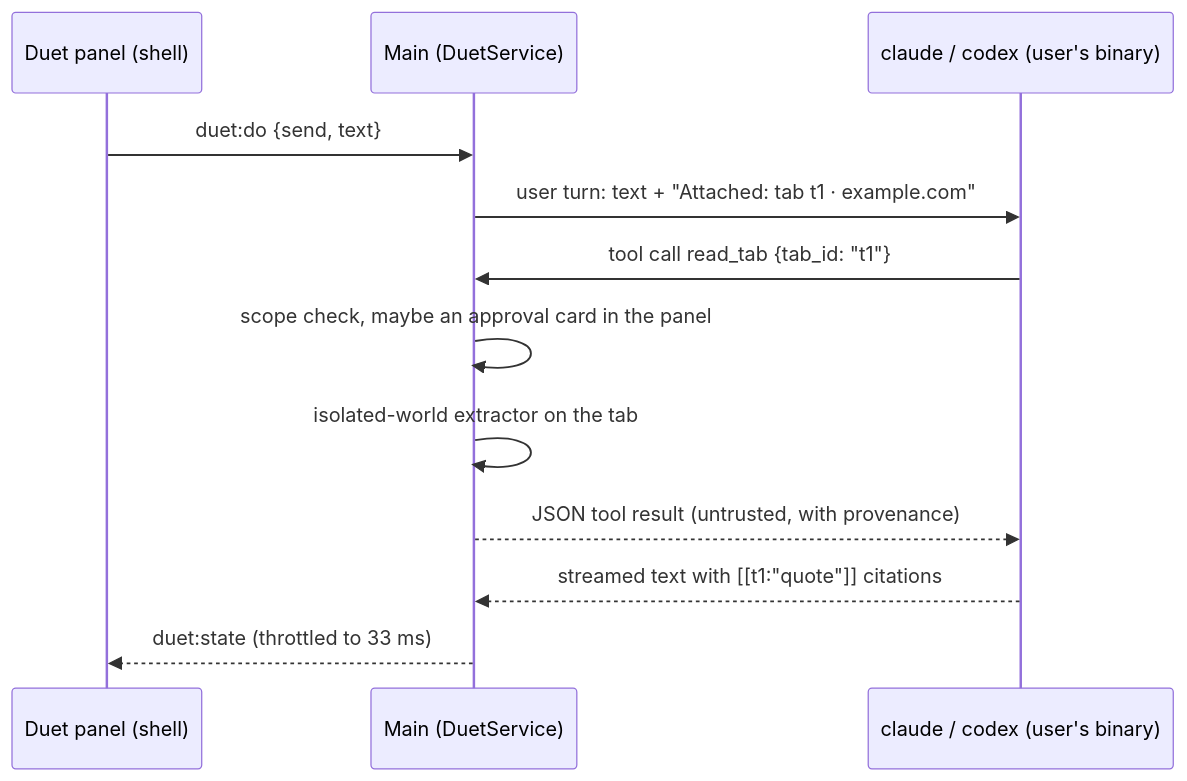
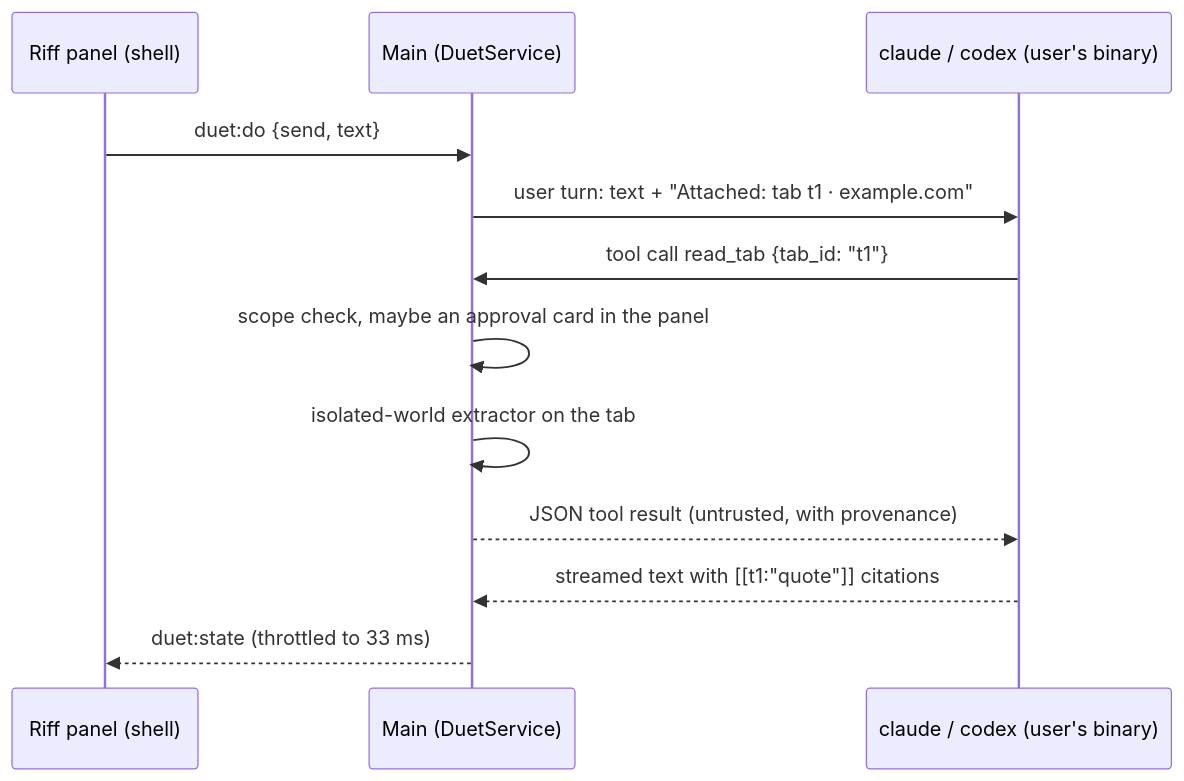
Before and after one commit to anaremore/chord-browser: the second of 2 diagrams in ARCHITECTURE.md, drawn with Mermaid. The commit also changed other lines of this file and 136 other files, not shown here.

First line of the commit message:
feat: Duet is now Riff

````diff
--- a/ARCHITECTURE.md
+++ b/ARCHITECTURE.md
@@ -1025,14 +1027,14 @@
 ```mermaid
 sequenceDiagram
-  participant U as Duet panel (shell)
+  participant U as Riff panel (shell)
   participant M as Main (DuetService)
   participant C as claude / codex (user's binary)
   U->>M: duet:do {send, text}
   M->>C: user turn: text + "Attached: tab t1 · example.com"
   C->>M: tool call read_tab {tab_id: "t1"}
   M->>M: scope check, maybe an approval card in the panel
   M->>M: isolated-world extractor on the tab
   M-->>C: JSON tool result (untrusted, with provenance)
   C-->>M: streamed text with [[t1:"quote"]] citations
   M-->>U: duet:state (throttled to 33 ms)
 ```
````
